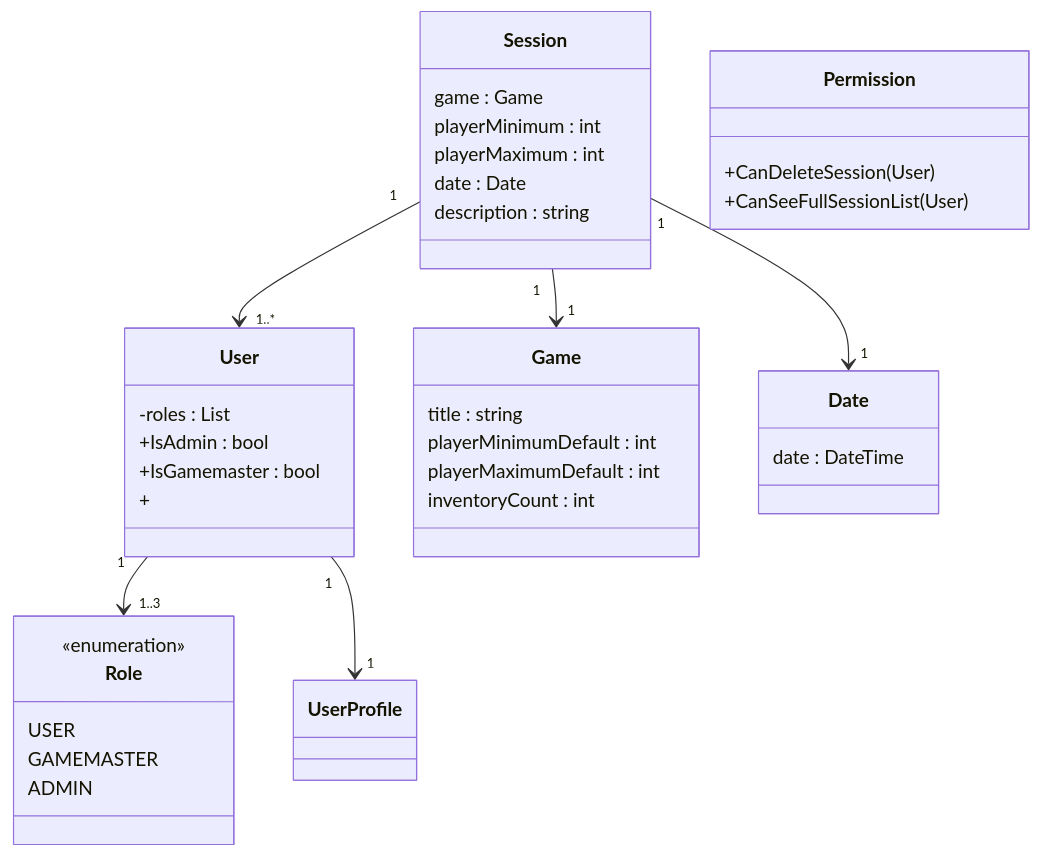
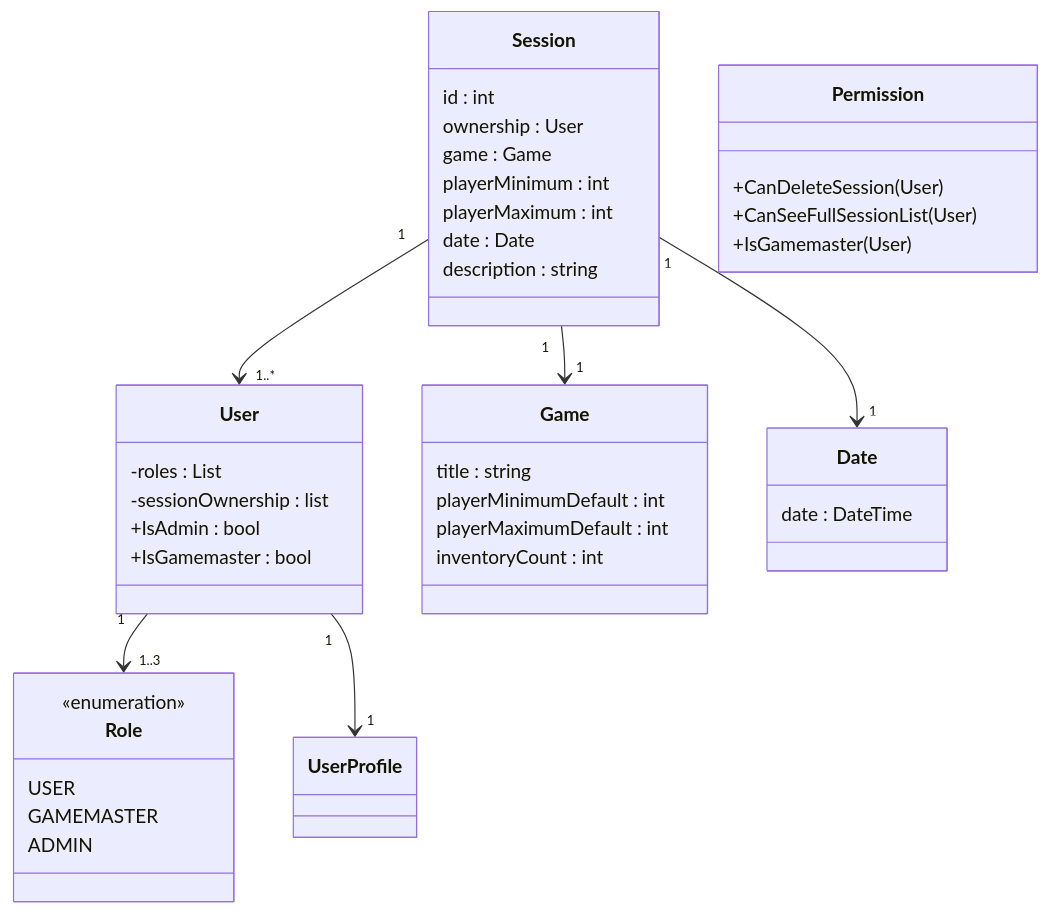
One commit to MatiasHeiberg/1.semesterprojekt changed the second of 3 diagrams in 02 notes/Klassediagram.md. Above: the diagram before and after it, drawn with Mermaid. The commit also changed other lines of this file and 2 other files, not shown here.

Commit message:
feedback fra Niels og arbejde på klassediagram

````diff
--- a/02 notes/Klassediagram.md
+++ b/02 notes/Klassediagram.md
@@ -38,49 +38,52 @@
 ```mermaid
 classDiagram
 
 %% Class definitions
 class Session {
+	id : int
+	ownership : User
 	game : Game
 	playerMinimum : int 
 	playerMaximum : int
 	date : Date
 	description : string
 	
 	%% Skal have en constructor der tager default spiller count som standard værdi.
 }
 class User {
 	-roles : List<Role>
+	-sessionOwnership : list<Session>
 	+IsAdmin : bool
 	+IsGamemaster : bool
-	+
 	
 }
 class Role {
 	<<enumeration>>
     USER
     GAMEMASTER
     ADMIN
 }
 class Game {
 	title : string
 	playerMinimumDefault : int
 	playerMaximumDefault : int
 	inventoryCount : int
 }
 class UserProfile
 class Date {
 	date : DateTime
 }
 class Permission {
 	+CanDeleteSession(User)
 	+CanSeeFullSessionList(User)
+	+IsGamemaster(User)
 }
 
 %% Class relationships
 Session "1" --> "1..*" User
 Session "1" --> "1" Game
 Session "1" --> "1" Date
 User "1" --> "1..3" Role
 User "1" --> "1" UserProfile
 
 ```
````
